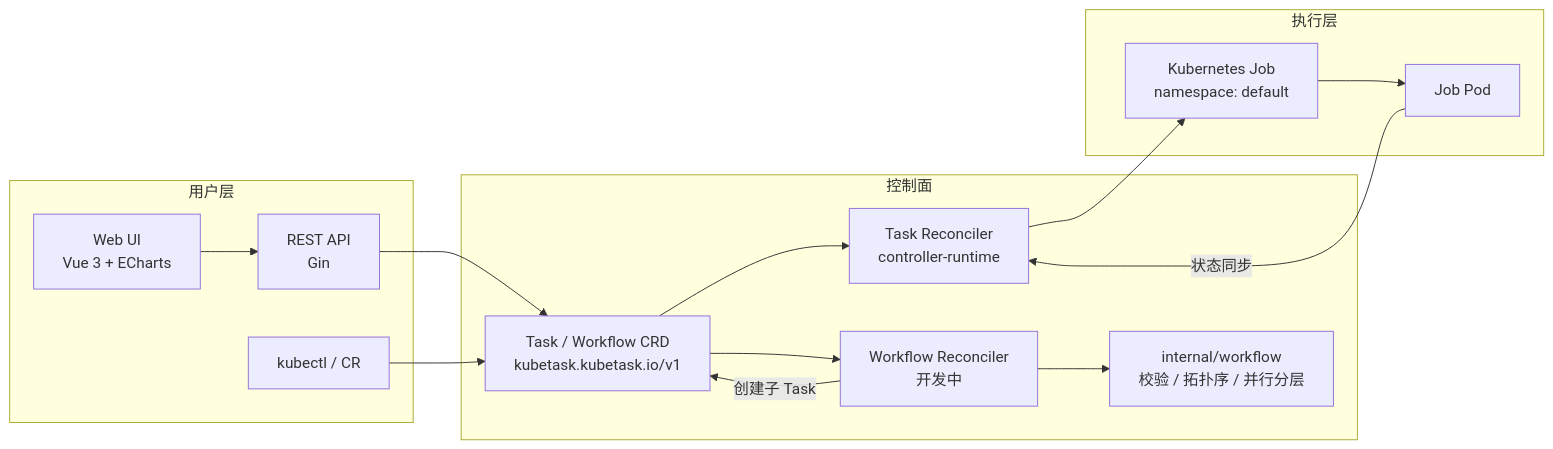
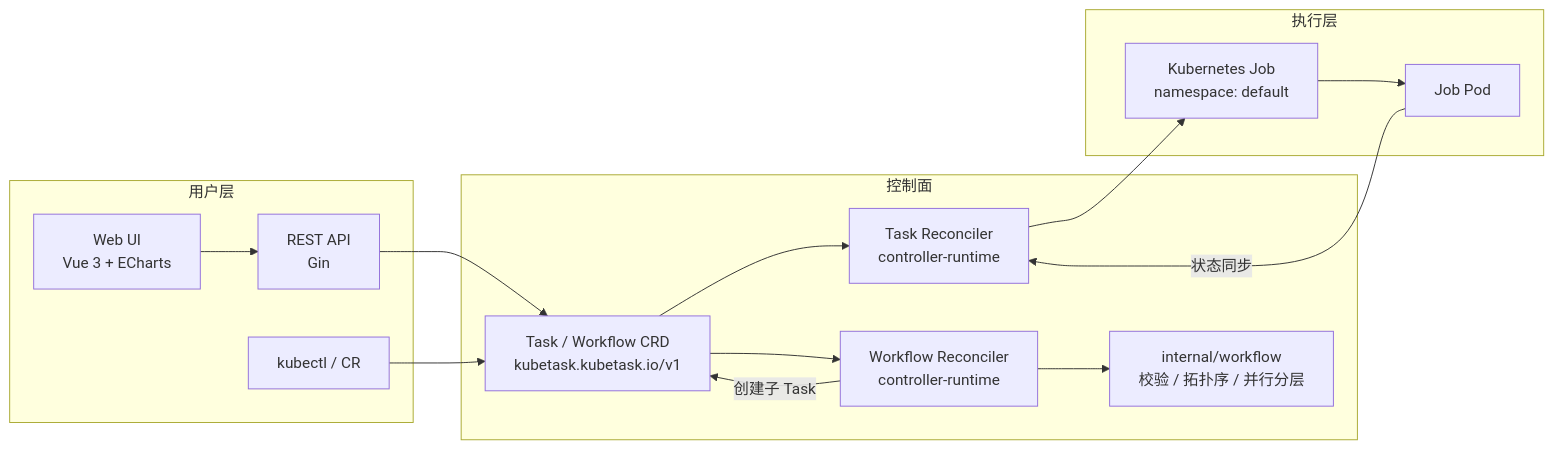
Before and after one commit to CHYUQI/KubeTask: the diagram in README.md, drawn with Mermaid. The commit also changed other lines of this file and 2 other files, not shown here.

First line of the commit message:
docs: mark workflow controller as done and record review findings

````diff
--- a/README.md
+++ b/README.md
@@ -46,31 +46,31 @@
 ```mermaid
 flowchart LR
     subgraph 用户层
         UI[Web UI<br/>Vue 3 + ECharts]
         API[REST API<br/>Gin]
         CLI[kubectl / CR]
     end
 
     subgraph 控制面
         CRD[Task / Workflow CRD<br/>kubetask.kubetask.io/v1]
         CTRL[Task Reconciler<br/>controller-runtime]
-        WCTRL[Workflow Reconciler<br/>开发中]
+        WCTRL[Workflow Reconciler<br/>controller-runtime]
         DAGPKG[internal/workflow<br/>校验 / 拓扑序 / 并行分层]
     end
 
     subgraph 执行层
         JOB[Kubernetes Job<br/>namespace: default]
         POD[Job Pod]
     end
 
     UI --> API
     API --> CRD
     CLI --> CRD
     CRD --> CTRL
     CTRL --> JOB
     JOB --> POD
     POD -- 状态同步 --> CTRL
     CRD --> WCTRL
     WCTRL --> DAGPKG
     WCTRL -- 创建子 Task --> CRD
 ```
````
